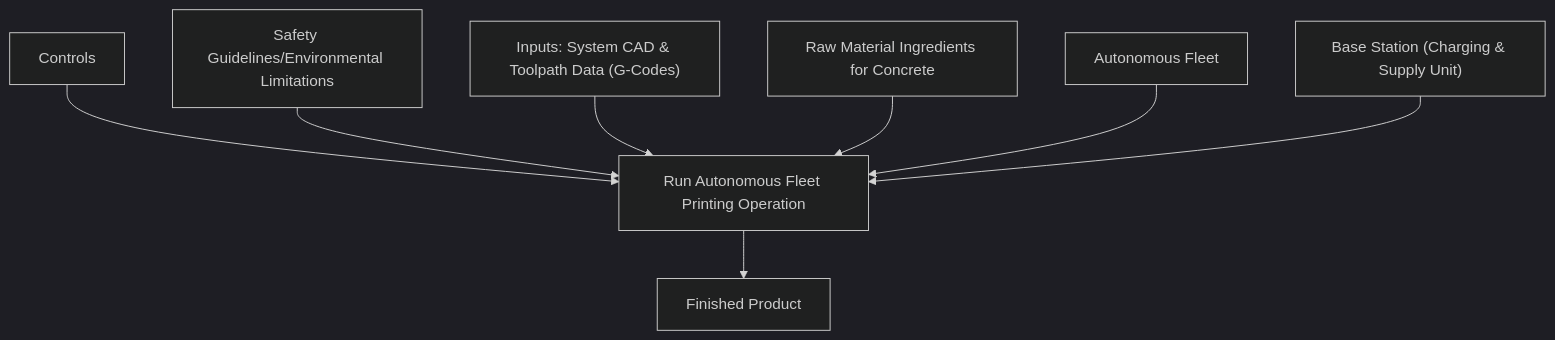
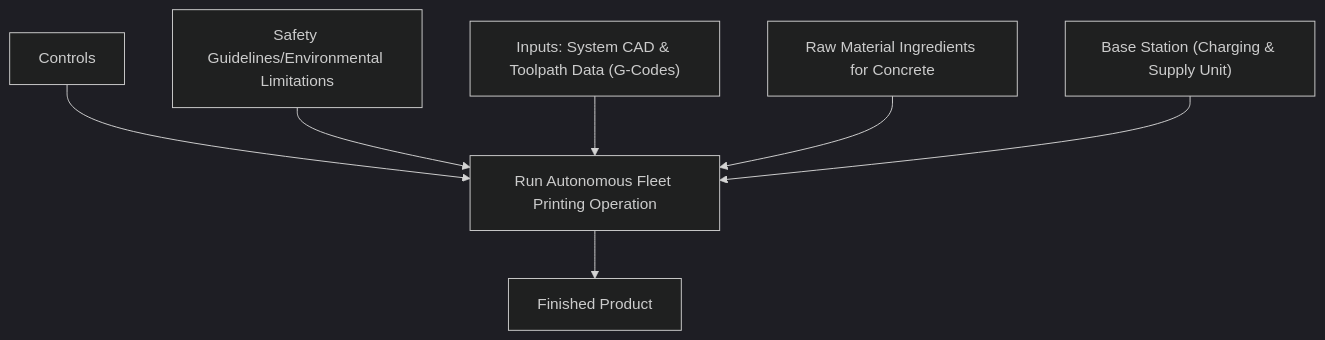
The first of 2 diagrams in README.md (jbacenty-creator/MMET-491-IDEF0), drawn with Mermaid (dark theme) before and after one commit.

````diff
--- a/README.md
+++ b/README.md
@@ -5,15 +5,14 @@
 ```mermaid
 flowchart TD
     A0["Run Autonomous Fleet Printing Operation"]
 
     C1["Controls"] --> A0
     C2["Safety Guidelines/Environmental Limitations"] --> A0
 
     I1["Inputs: System CAD & Toolpath Data (G-Codes)"] --> A0
     I2["Raw Material Ingredients for Concrete"] --> A0
 
-    M1["Autonomous Fleet"] --> A0
     M2["Base Station (Charging & Supply Unit)"] --> A0
 
     A0 --> O1["Finished Product"]
 ```
````
